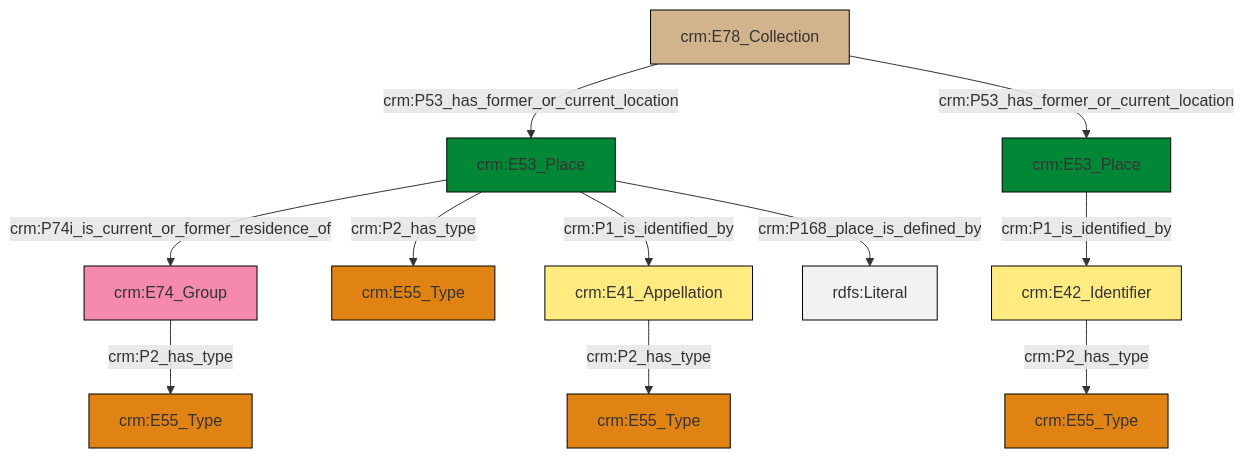
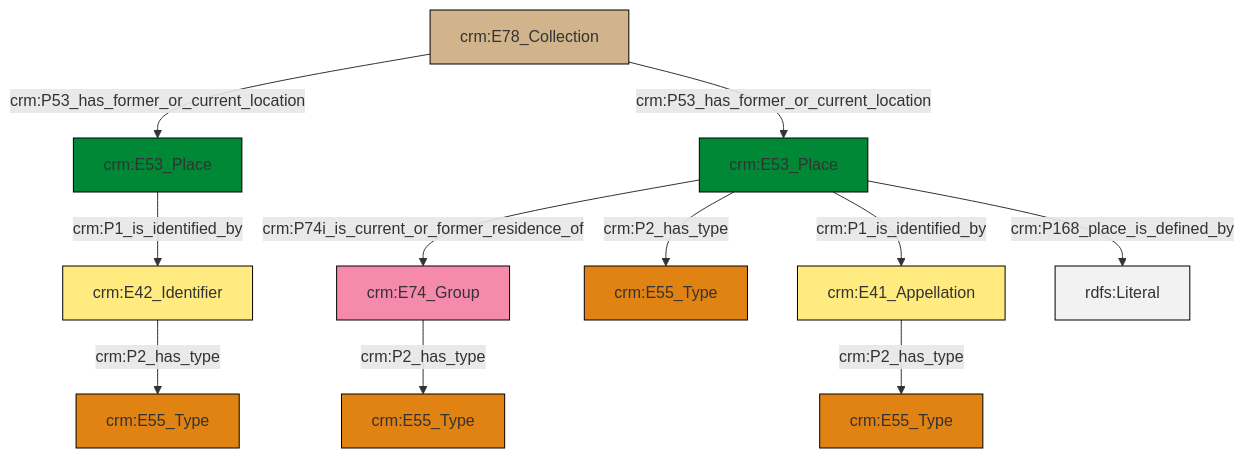
One commit to swiss-art-research-net/docs.swissartresearch changed the diagram in et/archivalCSV/ttl/mmd/archival_location.ttl.mmd. Above: the diagram before and after it, drawn with Mermaid. The commit also changed 174 other files, not shown here.

```diff
--- a/et/archivalCSV/ttl/mmd/archival_location.ttl.mmd
+++ b/et/archivalCSV/ttl/mmd/archival_location.ttl.mmd
@@ -1,25 +1,25 @@
 graph TD
 classDef Literal fill:#f2f2f2,stroke:#000000;
 classDef CRM_Entity fill:#FFFFFF,stroke:#000000;
 classDef Temporal_Entity fill:#00C9E6, stroke:#000000;
 classDef Type fill:#E18312, stroke:#000000;
 classDef Time-Span fill:#2C9C91, stroke:#000000;
 classDef Appellation fill:#FFEB7F, stroke:#000000;
 classDef Place fill:#008836, stroke:#000000;
 classDef Persistent_Item fill:#B266B2, stroke:#000000;
 classDef Conceptual_Object fill:#FFD700, stroke:#000000;
 classDef Physical_Thing fill:#D2B48C, stroke:#000000;
 classDef Actor fill:#f58aad, stroke:#000000;
 classDef PC_Classes fill:#4ce600, stroke:#000000;
 classDef Multi fill:#cccccc,stroke:#000000;
 
-0["crm:E53_Place"]:::Place -->|crm:P74i_is_current_or_former_residence_of| 1["crm:E74_Group"]:::Actor
-2["crm:E78_Collection"]:::Physical_Thing -->|crm:P53_has_former_or_current_location| 0["crm:E53_Place"]:::Place
-0["crm:E53_Place"]:::Place -->|crm:P2_has_type| 7["crm:E55_Type"]:::Type
-1["crm:E74_Group"]:::Actor -->|crm:P2_has_type| 3["crm:E55_Type"]:::Type
-9["crm:E42_Identifier"]:::Appellation -->|crm:P2_has_type| 14["crm:E55_Type"]:::Type
-5["crm:E41_Appellation"]:::Appellation -->|crm:P2_has_type| 15["crm:E55_Type"]:::Type
-2["crm:E78_Collection"]:::Physical_Thing -->|crm:P53_has_former_or_current_location| 11["crm:E53_Place"]:::Place
-0["crm:E53_Place"]:::Place -->|crm:P1_is_identified_by| 5["crm:E41_Appellation"]:::Appellation
-0["crm:E53_Place"]:::Place -->|crm:P168_place_is_defined_by| 20[rdfs:Literal]:::Literal
-11["crm:E53_Place"]:::Place -->|crm:P1_is_identified_by| 9["crm:E42_Identifier"]:::Appellation
+2["crm:E41_Appellation"]:::Appellation -->|crm:P2_has_type| 3["crm:E55_Type"]:::Type
+4["crm:E53_Place"]:::Place -->|crm:P74i_is_current_or_former_residence_of| 6["crm:E74_Group"]:::Actor
+7["crm:E78_Collection"]:::Physical_Thing -->|crm:P53_has_former_or_current_location| 0["crm:E53_Place"]:::Place
+4["crm:E53_Place"]:::Place -->|crm:P1_is_identified_by| 2["crm:E41_Appellation"]:::Appellation
+11["crm:E42_Identifier"]:::Appellation -->|crm:P2_has_type| 16["crm:E55_Type"]:::Type
+4["crm:E53_Place"]:::Place -->|crm:P2_has_type| 9["crm:E55_Type"]:::Type
+0["crm:E53_Place"]:::Place -->|crm:P1_is_identified_by| 11["crm:E42_Identifier"]:::Appellation
+7["crm:E78_Collection"]:::Physical_Thing -->|crm:P53_has_former_or_current_location| 4["crm:E53_Place"]:::Place
+4["crm:E53_Place"]:::Place -->|crm:P168_place_is_defined_by| 20[rdfs:Literal]:::Literal
+6["crm:E74_Group"]:::Actor -->|crm:P2_has_type| 21["crm:E55_Type"]:::Type
```
